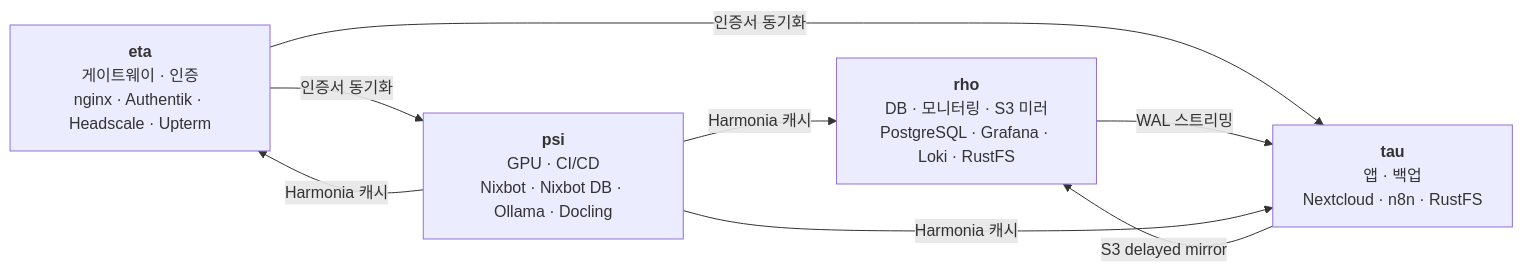
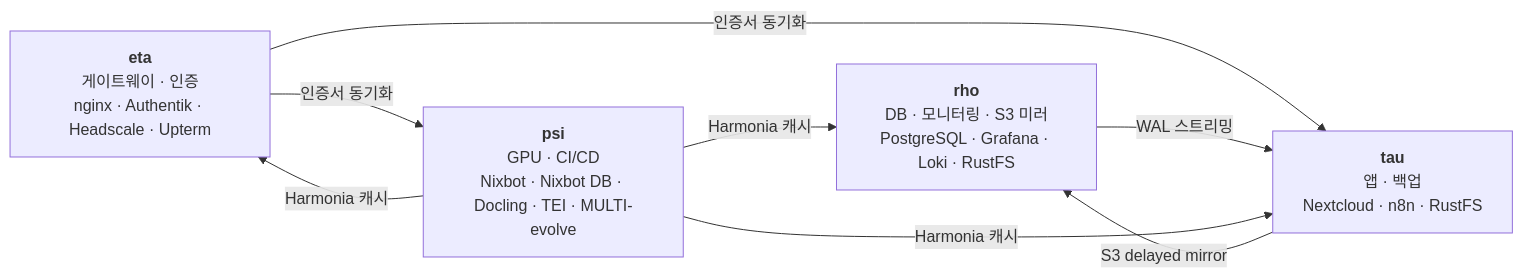
Before and after one commit to SBEE-Lab/infra: the first of 2 diagrams in docs/admin/architecture.md, drawn with Mermaid. The commit also changed other lines of this file and 18 other files, not shown here.

````diff
--- a/docs/admin/architecture.md
+++ b/docs/admin/architecture.md
@@ -13,12 +13,12 @@
 ```mermaid
 graph LR
   eta["<b>eta</b><br/>게이트웨이 · 인증<br/>nginx · Authentik · Headscale · Upterm"]
-  psi["<b>psi</b><br/>GPU · CI/CD<br/>Nixbot · Nixbot DB · Ollama · Docling"]
+  psi["<b>psi</b><br/>GPU · CI/CD<br/>Nixbot · Nixbot DB · Docling · TEI · MULTI-evolve"]
   rho["<b>rho</b><br/>DB · 모니터링 · S3 미러<br/>PostgreSQL · Grafana · Loki · RustFS"]
   tau["<b>tau</b><br/>앱 · 백업<br/>Nextcloud · n8n · RustFS"]
 
   eta -- "인증서 동기화" --> psi & tau
   rho -- "WAL 스트리밍" --> tau
   tau -- "S3 delayed mirror" --> rho
   psi -- "Harmonia 캐시" --> rho & tau & eta
 ```
````
